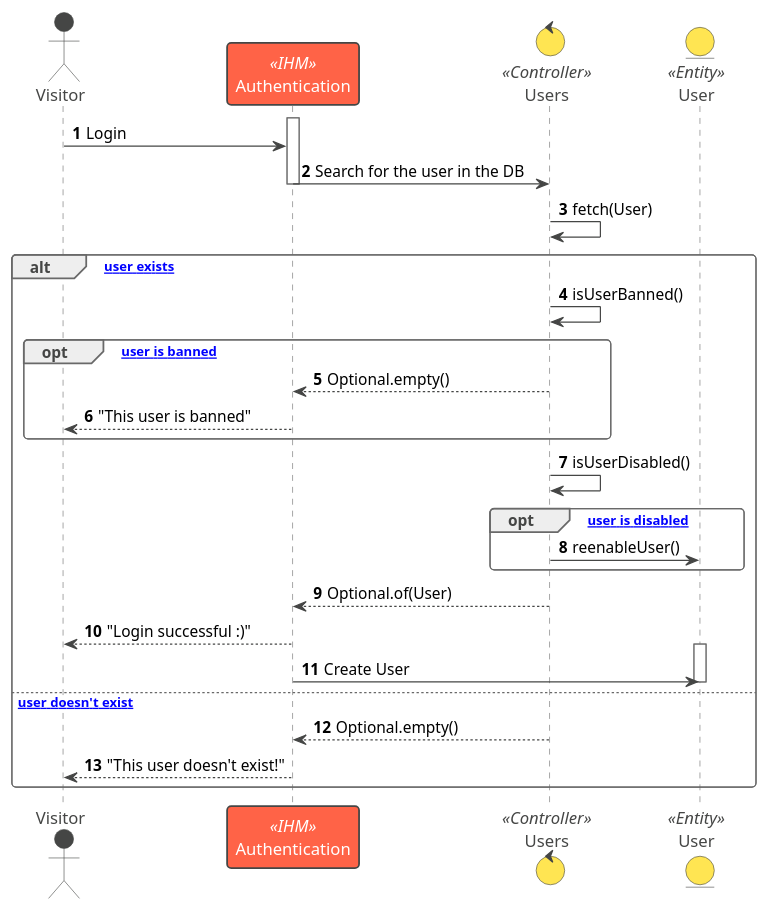
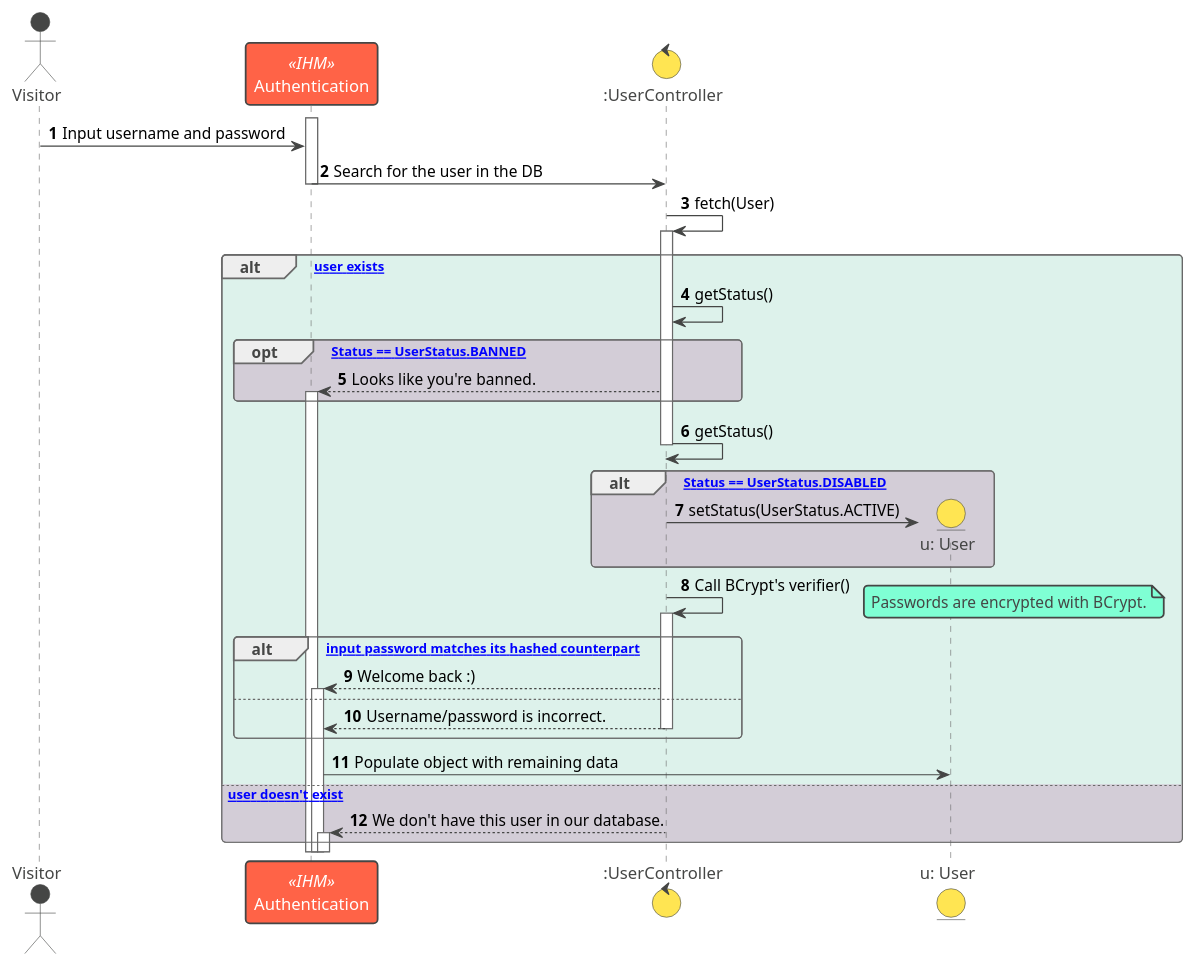
The diagram in uml/user-auth.puml (Druid-ESPRIT/magnum-docs), drawn with PlantUML before and after one commit. The commit also changed 3 other files, not shown here.

```diff
--- a/uml/user-auth.puml
+++ b/uml/user-auth.puml
@@ -1,45 +1,52 @@
 @startuml
 !theme vibrant
 
 actor Visitor as V
 participant Authentication as IHM << IHM >>
-control Users as Ctrl << Controller >>
-entity User << Entity >>
+control ":UserController" as Ctrl
+entity "u: User" as User
 
 autonumber
 
 activate IHM
-V -> IHM: Login
+V -> IHM: Input username and password
 IHM -> Ctrl: Search for the user in the DB
 deactivate IHM
 Ctrl -> Ctrl: fetch(User)
 
-alt [If user exists]
+alt #DDF2EB [If user exists]
 
-   Ctrl -> Ctrl: isUserBanned()
-
-   opt [If user is banned]
-      Ctrl --> IHM: Optional.empty()
-      IHM --> V: "This user is banned"
+   activate Ctrl
+   Ctrl -> Ctrl: getStatus()
+   opt #D3CDD7 [If Status == UserStatus.BANNED]
+      Ctrl --> IHM ++: Looks like you're banned.
    end
 
-   Ctrl -> Ctrl: isUserDisabled()
+   Ctrl -> Ctrl --: getStatus()
 
-   opt [If user is disabled]
-      Ctrl -> User: reenableUser()
+   alt #D3CDD7 [If Status == UserStatus.DISABLED]
+      Ctrl -> User **: setStatus(UserStatus.ACTIVE)
    end
 
-   Ctrl --> IHM: Optional.of(User)
-   IHM --> V: "Login successful :)"
-   activate User
-   IHM -> User: Create User
+   Ctrl -> Ctrl ++: Call BCrypt's verifier()
+   note right
+      Passwords are encrypted with BCrypt.
+   end note
+
+   alt [If input password matches its hashed counterpart]
+      Ctrl --> IHM ++: Welcome back :)
+   else
+      Ctrl --> IHM --: Username/password is incorrect.
+   end
+
+   IHM -> User: Populate object with remaining data
    deactivate User
+
    
-else [If user doesn't exist]
+else #D3CDD7 [If user doesn't exist]
 
-   Ctrl --> IHM: Optional.empty()
-   IHM --> V: "This user doesn't exist!"
+   Ctrl --> IHM ++: We don't have this user in our database.
 
 end
 
 @enduml
```
